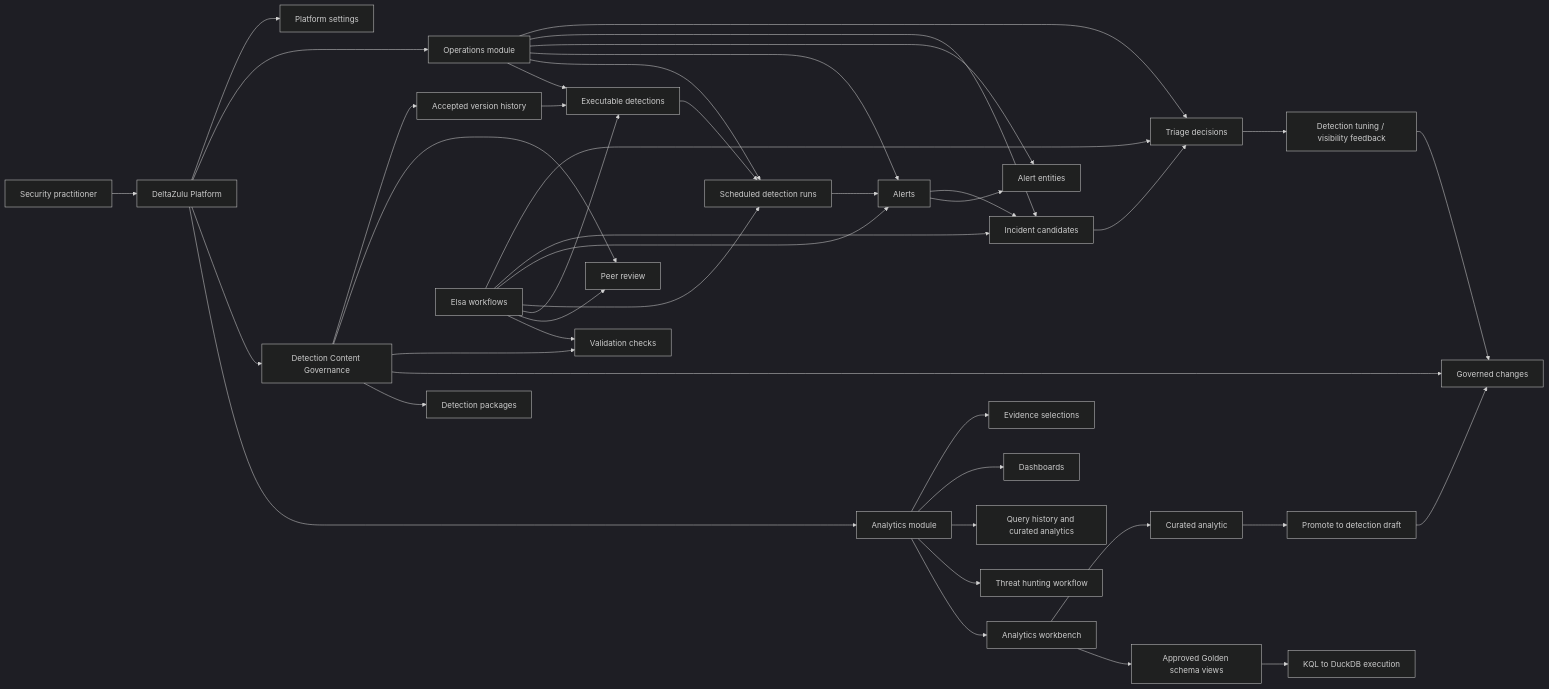
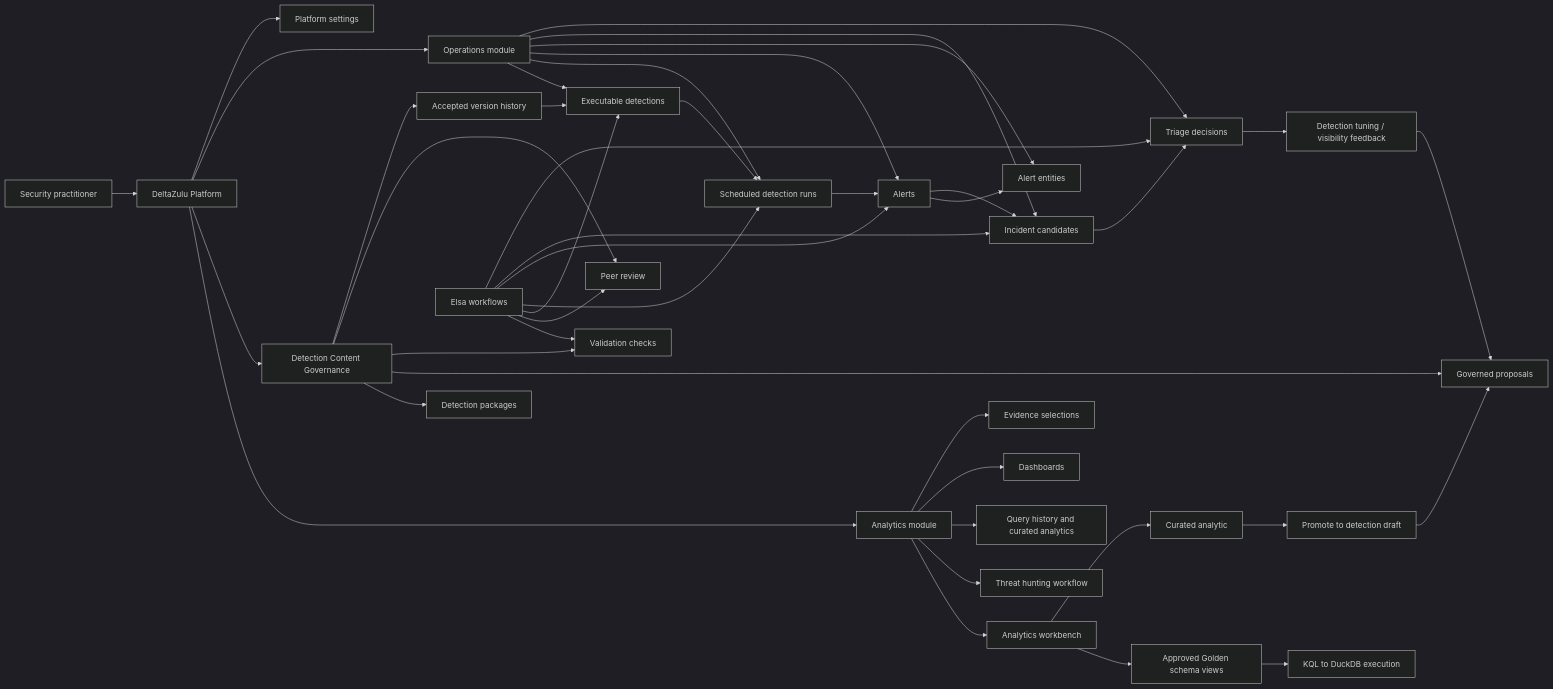
Before and after one commit to DeltaZulu-OU/DeltaZulu.Platform: the first of 14 diagrams in docs/TARGET_USER_STORIES.md, drawn with Mermaid (dark theme). The commit also changed other lines of this file and 23 other files, not shown here.

Commit message:
Rename governance Changes to Proposals

````diff
--- a/docs/TARGET_USER_STORIES.md
+++ b/docs/TARGET_USER_STORIES.md
@@ -30,51 +30,51 @@
 ```mermaid
 flowchart LR
     User[Security practitioner] --> Platform[DeltaZulu Platform]
 
     Platform --> Analytics[Analytics module]
     Platform --> Governance[Detection Content Governance]
     Platform --> Operations[Operations module]
     Platform --> Settings[Platform settings]
 
     Analytics --> Query[Analytics workbench]
     Analytics --> Hunt[Threat hunting workflow]
     Analytics --> Library[Query history and curated analytics]
     Analytics --> Dashboards[Dashboards]
     Analytics --> Evidence[Evidence selections]
 
     Governance --> Detections[Detection packages]
-    Governance --> Changes[Governed changes]
+    Governance --> Proposals[Governed proposals]
     Governance --> Checks[Validation checks]
     Governance --> Reviews[Peer review]
     Governance --> History[Accepted version history]
 
     Operations --> Definitions[Executable detections]
     Operations --> Runs[Scheduled detection runs]
     Operations --> Alerts[Alerts]
     Operations --> Entities[Alert entities]
     Operations --> Candidates[Incident candidates]
     Operations --> Triage[Triage decisions]
 
     Query --> Golden[Approved Golden schema views]
     Golden --> DuckDB[KQL to DuckDB execution]
     Query --> Curated[Curated analytic]
     Curated --> Promote[Promote to detection draft]
-    Promote --> Changes
+    Promote --> Proposals
 
     History --> Definitions
     Definitions --> Runs
     Runs --> Alerts
     Alerts --> Entities
     Alerts --> Candidates
     Candidates --> Triage
     Triage --> Feedback[Detection tuning / visibility feedback]
-    Feedback --> Changes
+    Feedback --> Proposals
 
     Workflows[Elsa workflows] --> Checks
     Workflows --> Reviews
     Workflows --> Definitions
     Workflows --> Runs
     Workflows --> Alerts
     Workflows --> Candidates
     Workflows --> Triage
 ```
````
